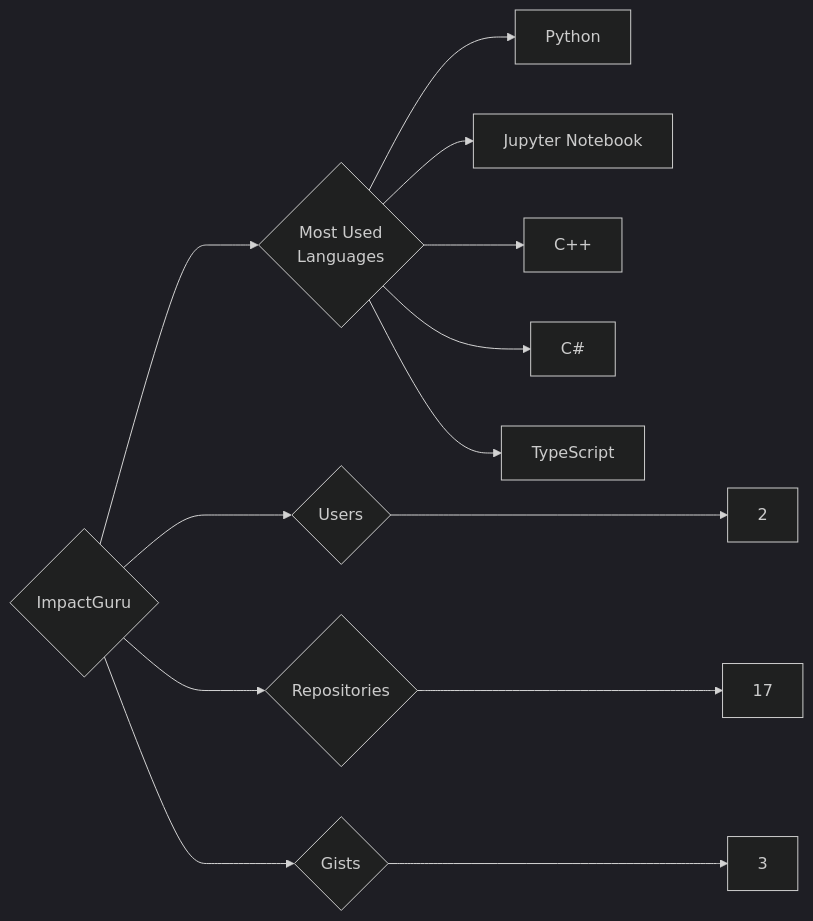
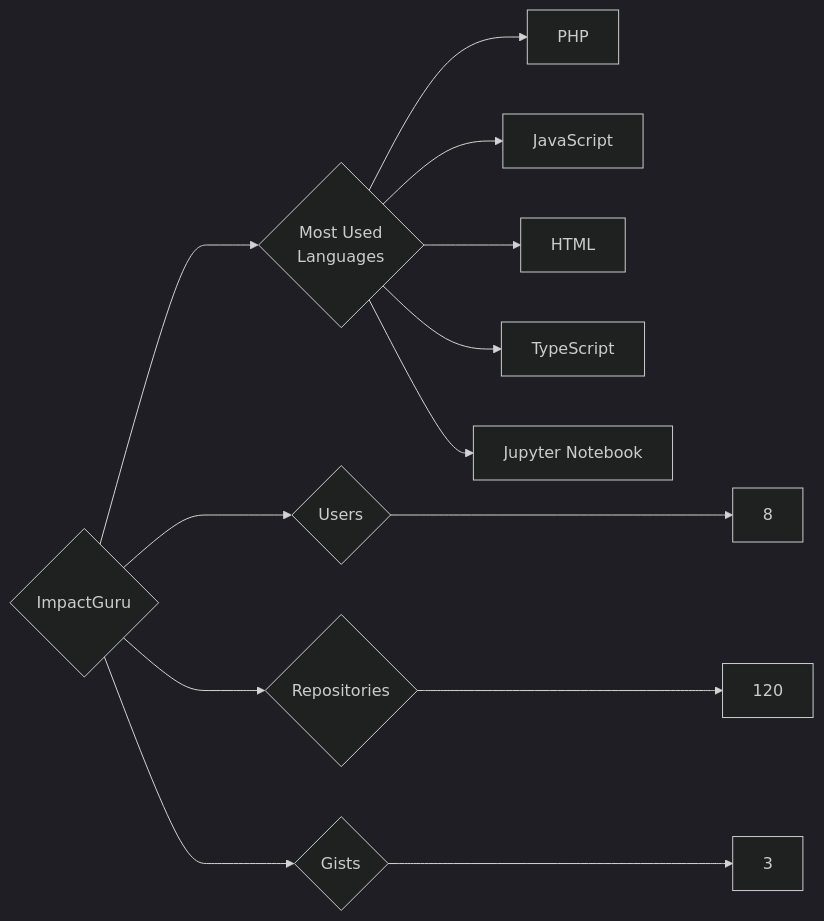
The diagram in targets/ImpactGuru/README.md (trickest/insiders), drawn with Mermaid (dark theme) before and after one commit. The commit also changed 1314 other files, not shown here.

````diff
--- a/targets/ImpactGuru/README.md
+++ b/targets/ImpactGuru/README.md
@@ -3,13 +3,13 @@
 ```mermaid
 graph LR
 COMPANY_NAME{ImpactGuru}
-COMPANY_NAME ---> U{Users} ---> UN[2]
-COMPANY_NAME ---> R{Repositories} ---> RN[17]
+COMPANY_NAME ---> U{Users} ---> UN[8]
+COMPANY_NAME ---> R{Repositories} ---> RN[120]
 COMPANY_NAME ---> G{Gists} ---> GN[3]
 COMPANY_NAME ---> ML{Most Used<br>Languages}
-ML --> Python[Python]
+ML --> PHP[PHP]
+ML --> JavaScript[JavaScript]
+ML --> HTML[HTML]
+ML --> TypeScript[TypeScript]
 ML --> Jupyter_Notebook[Jupyter Notebook]
-ML --> C++[C++]
-ML --> C#[C#]
-ML --> TypeScript[TypeScript]
 ```
````
